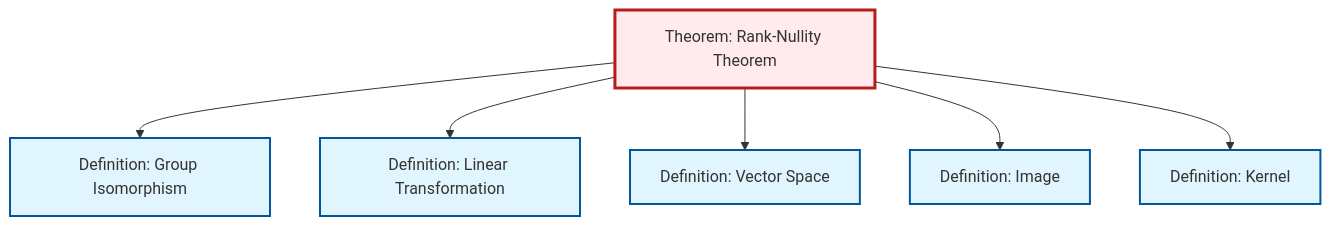
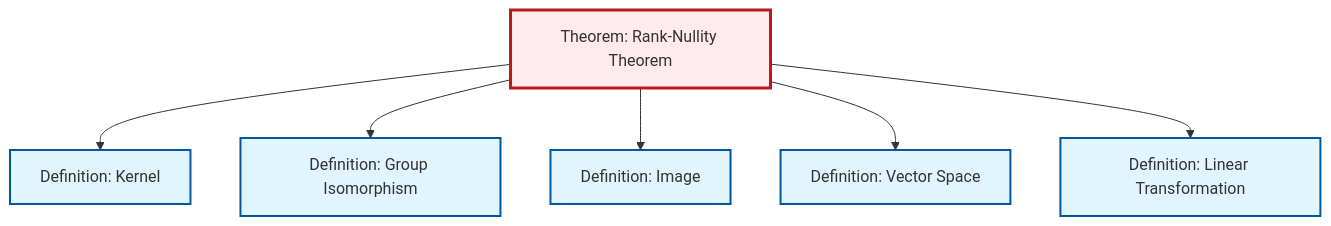
One commit to RK0429/ModernMath changed the diagram in content/en/algebra/thm-rank-nullity.qmd. Above: the diagram before and after it, drawn with Mermaid. The commit also changed other lines of this file and 654 other files, not shown here.

````diff
--- a/content/en/algebra/thm-rank-nullity.qmd
+++ b/content/en/algebra/thm-rank-nullity.qmd
@@ -56,26 +56,26 @@
 ```{mermaid}
 %%| fig-cap: "Local dependency graph"
 graph TD
     classDef definition fill:#e1f5fe,stroke:#01579b,stroke-width:2px
     classDef theorem fill:#f3e5f5,stroke:#4a148c,stroke-width:2px
     classDef axiom fill:#fff3e0,stroke:#e65100,stroke-width:2px
     classDef example fill:#e8f5e9,stroke:#1b5e20,stroke-width:2px
     classDef current fill:#ffebee,stroke:#b71c1c,stroke-width:3px
     thm-rank-nullity["Theorem: Rank-Nullity Theorem"]:::theorem
+    def-isomorphism["Definition: Group Isomorphism"]:::definition
     def-image["Definition: Image"]:::definition
-    def-isomorphism["Definition: Group Isomorphism"]:::definition
+    def-kernel["Definition: Kernel"]:::definition
     def-linear-transformation["Definition: Linear Transformation"]:::definition
-    def-kernel["Definition: Kernel"]:::definition
     def-vector-space["Definition: Vector Space"]:::definition
+    thm-rank-nullity --> def-kernel
     thm-rank-nullity --> def-isomorphism
+    thm-rank-nullity --> def-image
+    thm-rank-nullity --> def-vector-space
     thm-rank-nullity --> def-linear-transformation
-    thm-rank-nullity --> def-vector-space
-    thm-rank-nullity --> def-image
-    thm-rank-nullity --> def-kernel
     class thm-rank-nullity current
+    click def-isomorphism "def-isomorphism.html" "Go to Group Isomorphism definition"
     click def-image "def-image.html" "Go to Image definition"
-    click def-isomorphism "def-isomorphism.html" "Go to Group Isomorphism definition"
+    click def-kernel "def-kernel.html" "Go to Kernel definition"
     click def-linear-transformation "def-linear-transformation.html" "Go to Linear Transformation definition"
-    click def-kernel "def-kernel.html" "Go to Kernel definition"
     click def-vector-space "def-vector-space.html" "Go to Vector Space definition"
 ```
````
